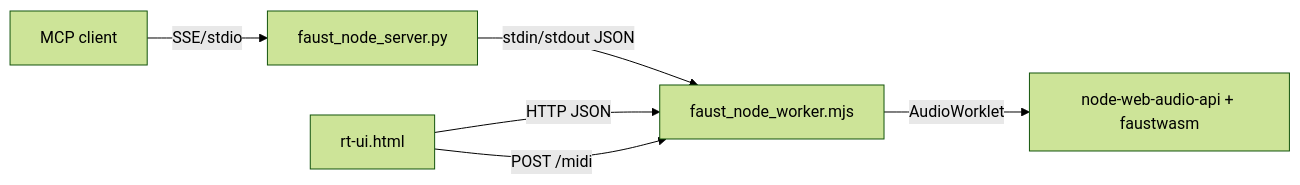
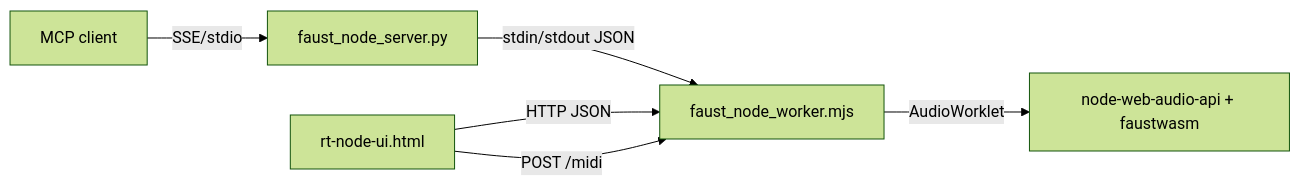
One commit to sletz/faust-mcp changed the diagram in plan-poly-midi-rt-ui.md. Above: the diagram before and after it, drawn with Mermaid (forest theme). The commit also changed other lines of this file and 21 other files, not shown here.

````diff
--- a/plan-poly-midi-rt-ui.md
+++ b/plan-poly-midi-rt-ui.md
@@ -37,8 +37,8 @@
 ```mermaid
 flowchart LR
   Client[MCP client] -->|SSE/stdio| Server[faust_node_server.py]
   Server -->|stdin/stdout JSON| Worker[faust_node_worker.mjs]
   Worker -->|AudioWorklet| WebAudio[node-web-audio-api + faustwasm]
-  UI[rt-ui.html] -->|HTTP JSON| Worker
+  UI[rt-node-ui.html] -->|HTTP JSON| Worker
   UI -->|POST /midi| Worker
 ```
````
